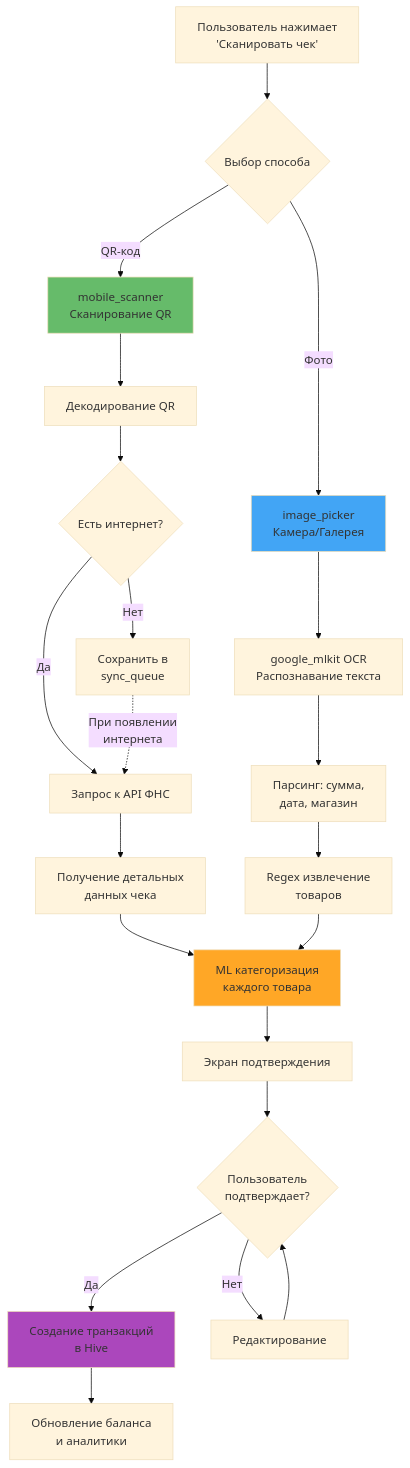
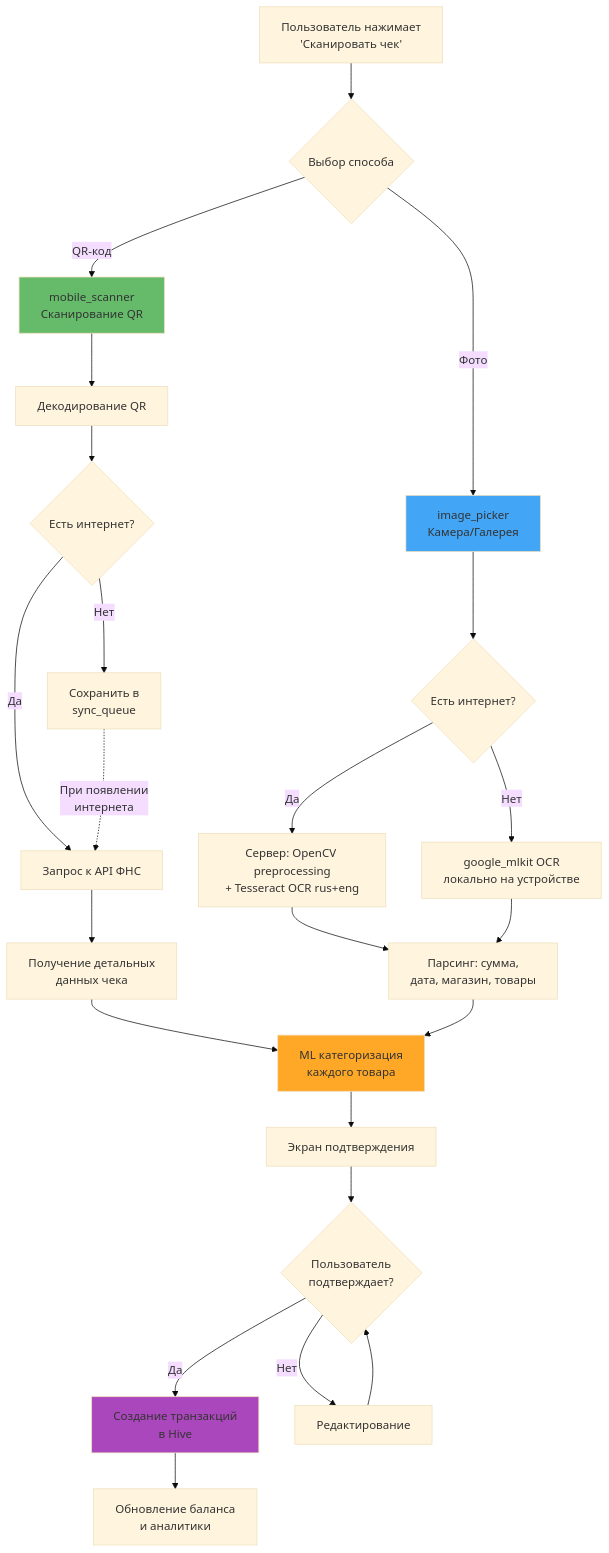
One commit to LiebeBleck/FinWise_v2 changed diagram 12 of 14 in README.md. Above: the diagram before and after it, drawn with Mermaid (base theme). The commit also changed other lines of this file, not shown here.

Commit message:
Fix README diagrams: remove duplicate USER, correct dataset size, mark v1.2 stubs, add OCR preprocessing branch

````diff
--- a/README.md
+++ b/README.md
@@ -768,35 +763,37 @@
 ```mermaid
 flowchart TB
     A[Пользователь нажимает<br/>'Сканировать чек'] --> B{Выбор способа}
 
     B -->|QR-код| C[mobile_scanner<br/>Сканирование QR]
     B -->|Фото| D[image_picker<br/>Камера/Галерея]
 
     C --> E[Декодирование QR]
     E --> F{Есть интернет?}
     F -->|Да| G[Запрос к API ФНС]
     F -->|Нет| H[Сохранить в<br/>sync_queue]
 
     G --> I[Получение детальных<br/>данных чека]
     I --> J[ML категоризация<br/>каждого товара]
 
-    D --> K[google_mlkit OCR<br/>Распознавание текста]
-    K --> L[Парсинг: сумма,<br/>дата, магазин]
-    L --> M[Regex извлечение<br/>товаров]
-    M --> J
+    D --> K{Есть интернет?}
+    K -->|Да| K1[Сервер: OpenCV preprocessing<br/>+ Tesseract OCR rus+eng]
+    K -->|Нет| K2[google_mlkit OCR<br/>локально на устройстве]
+    K1 --> L[Парсинг: сумма,<br/>дата, магазин, товары]
+    K2 --> L
+    L --> J
 
     J --> N[Экран подтверждения]
     N --> O{Пользователь<br/>подтверждает?}
     O -->|Да| P[Создание транзакций<br/>в Hive]
     O -->|Нет| Q[Редактирование]
     Q --> O
 
     P --> R[Обновление баланса<br/>и аналитики]
 
     H -.->|При появлении<br/>интернета| G
 
     style C fill:#66BB6A
     style D fill:#42A5F5
     style J fill:#FFA726
     style P fill:#AB47BC
 ```
````
